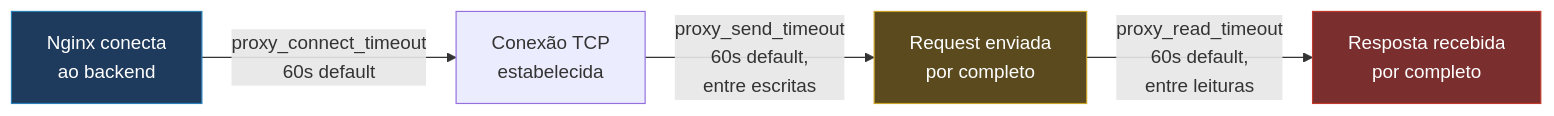
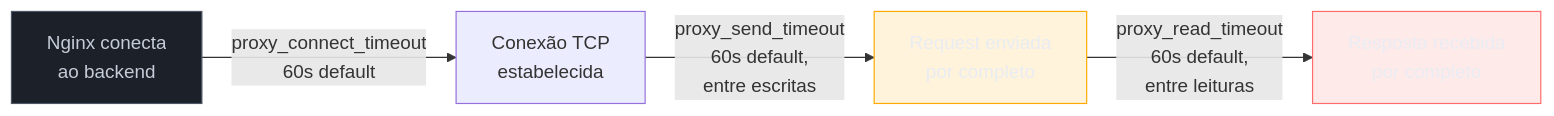
The second of 2 diagrams in 03-Dominios/Tecnologia/Infraestrutura/Nginx/07 - Proxy reverso.md (josenaldo/codex-technomanticus), drawn with Mermaid before and after one commit. The commit also changed other lines of this file and 1181 other files, not shown here.

First line of the commit message:
fix(diagramas): paleta do sistema no lugar de cor cravada no markdown

````diff
--- a/03-Dominios/Tecnologia/Infraestrutura/Nginx/07 - Proxy reverso.md
+++ b/03-Dominios/Tecnologia/Infraestrutura/Nginx/07 - Proxy reverso.md
@@ -272,10 +275,13 @@
 ```mermaid
 graph LR
+    classDef neutro fill:#1B2029,stroke:#4E5666,color:#C6CCD8
+    classDef destaque fill:#FFAA0024,stroke:#FFAA00,color:#E9ECF2
+    classDef falha fill:#FF6B6B24,stroke:#FF6B6B,color:#E9ECF2
     C["Nginx conecta<br/>ao backend"] -->|"proxy_connect_timeout<br/>60s default"| E["Conexão TCP<br/>estabelecida"]
     E -->|"proxy_send_timeout<br/>60s default,<br/>entre escritas"| S["Request enviada<br/>por completo"]
     S -->|"proxy_read_timeout<br/>60s default,<br/>entre leituras"| R["Resposta recebida<br/>por completo"]
 
-    style C fill:#1e3a5c,stroke:#2980b9,color:#fff
-    style S fill:#5a4a1e,stroke:#c9a227,color:#fff
-    style R fill:#7a2e2e,stroke:#c0392b,color:#fff
+    class C neutro
+    class S destaque
+    class R falha
 ```
````
